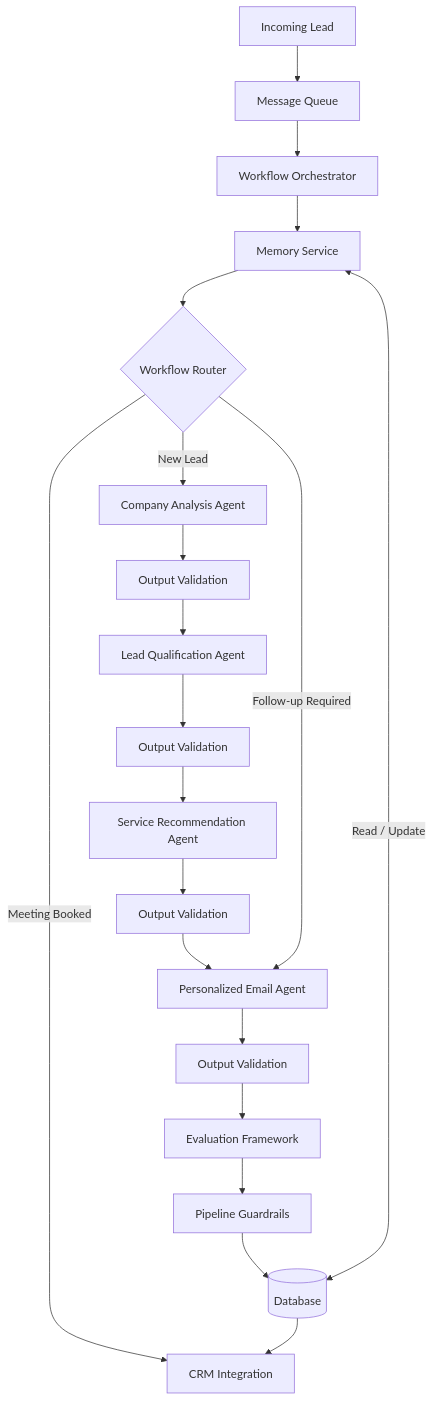
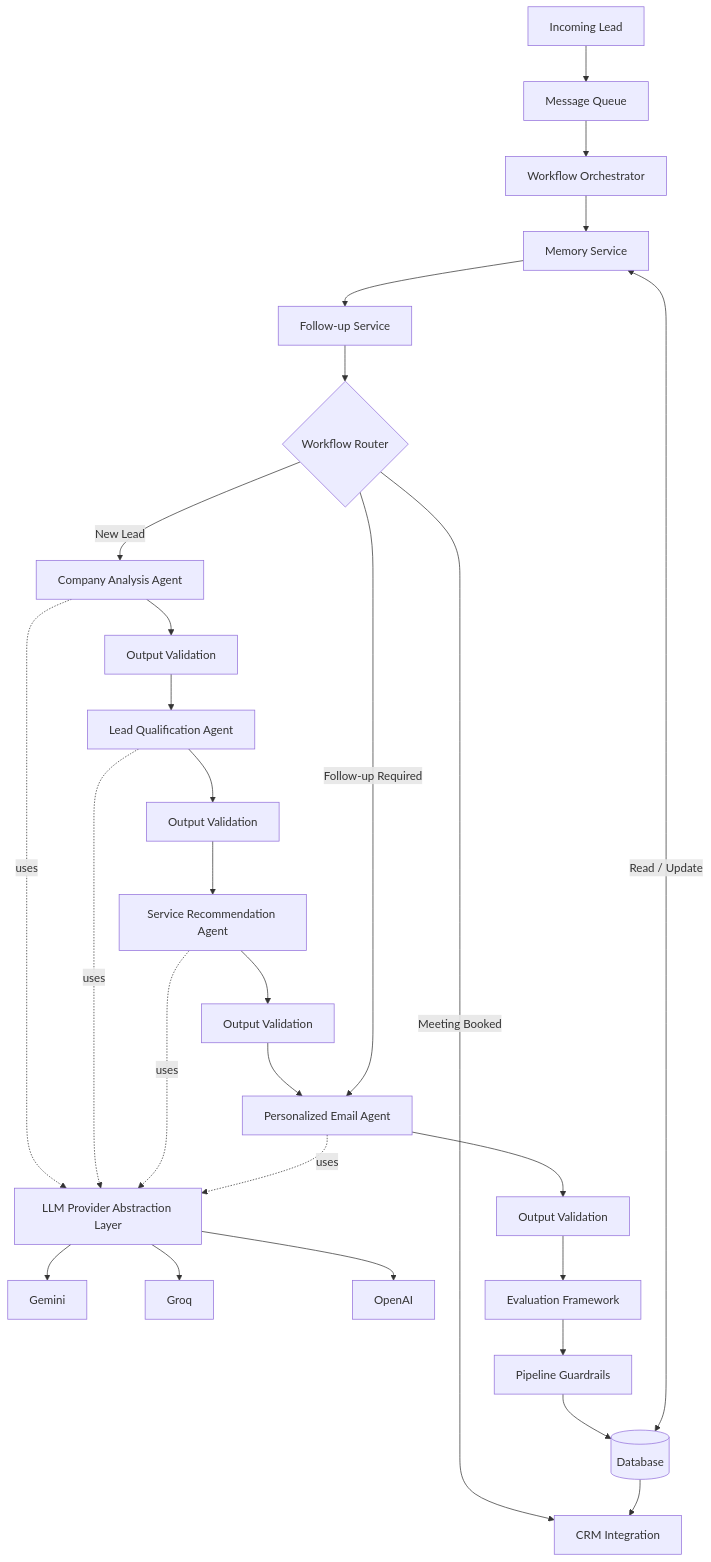
Before and after one commit to SanestixLabs/Autonomous-Outreach-Agent: the diagram in docs/architecture/next_generation_architecture.md, drawn with Mermaid. The commit also changed other lines of this file, not shown here.

Commit message:
Enhance next-generation architecture with follow-up service and provider abstraction layer

````diff
--- a/docs/architecture/next_generation_architecture.md
+++ b/docs/architecture/next_generation_architecture.md
@@ -54,71 +54,75 @@
 ```mermaid
 flowchart TD
 
     User[Incoming Lead]
 
     Queue[Message Queue]
 
     WO[Workflow Orchestrator]
 
     Memory[Memory Service]
+
+    Follow[Follow-up Service]
 
     Router{Workflow Router}
 
     CA[Company Analysis Agent]
     V1[Output Validation]
 
     LQ[Lead Qualification Agent]
     V2[Output Validation]
 
     SR[Service Recommendation Agent]
     V3[Output Validation]
 
     PE[Personalized Email Agent]
     V4[Output Validation]
 
+    Provider[LLM Provider Abstraction Layer]
+
+    Gemini[Gemini]
+    Groq[Groq]
+    OpenAI[OpenAI]
+
     Eval[Evaluation Framework]
 
     Guard[Pipeline Guardrails]
 
     DB[(Database)]
 
     CRM[CRM Integration]
 
     User --> Queue
-
     Queue --> WO
-
     WO --> Memory
-
-    Memory --> Router
+    Memory --> Follow
+    Follow --> Router
 
     Router -->|New Lead| CA
-
     CA --> V1
-
     V1 --> LQ
-
     LQ --> V2
-
     V2 --> SR
-
     SR --> V3
-
     V3 --> PE
-
     PE --> V4
 
     Router -->|Follow-up Required| PE
-
     Router -->|Meeting Booked| CRM
 
     V4 --> Eval
-
     Eval --> Guard
-
     Guard --> DB
-
     DB --> CRM
 
     Memory <-->|Read / Update| DB
+
+    CA -.uses.-> Provider
+    LQ -.uses.-> Provider
+    SR -.uses.-> Provider
+    PE -.uses.-> Provider
+
+    Provider --> Gemini
+    Provider --> Groq
+    Provider --> OpenAI
 ```
````
